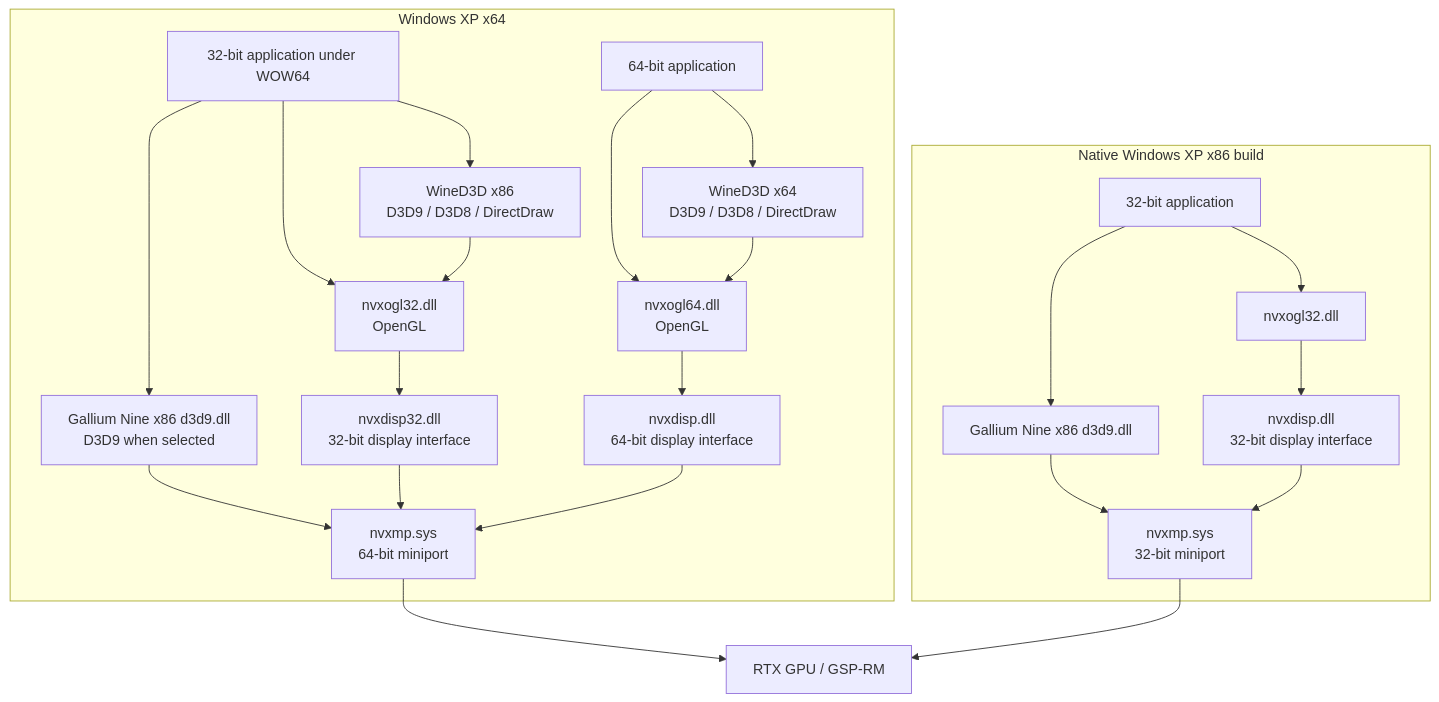
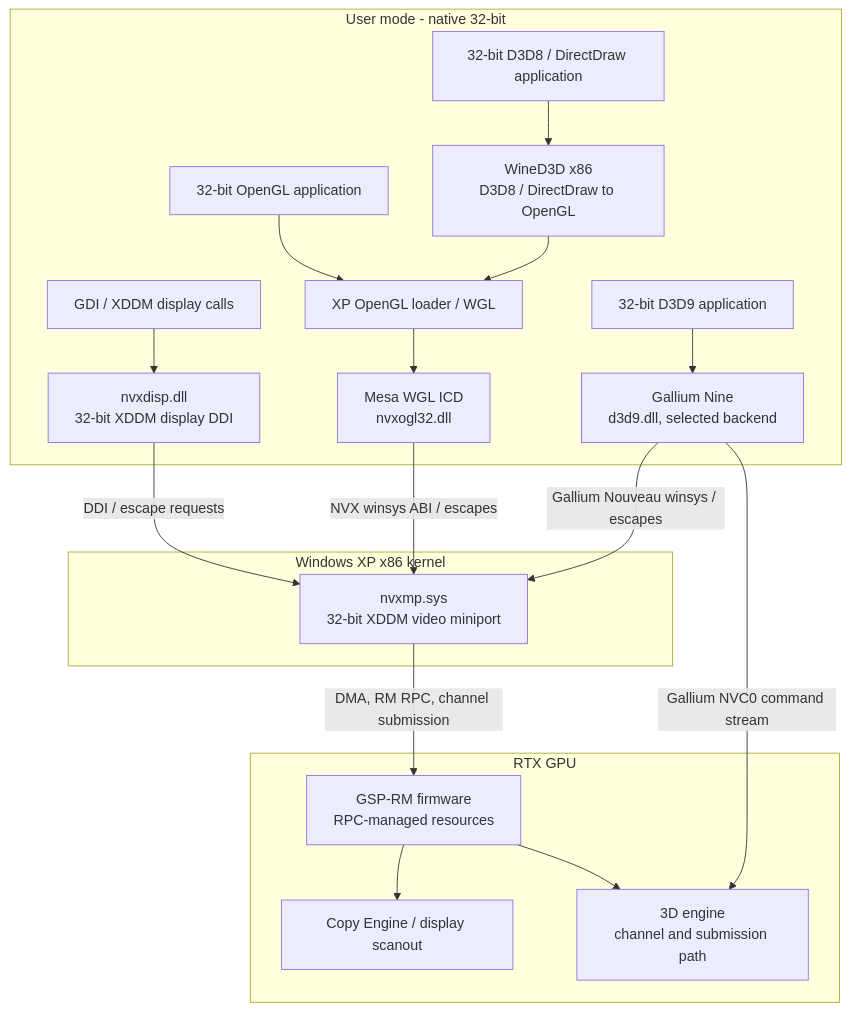
The second of 3 diagrams in README.md (sanjayseshan/open_nvx_windows), drawn with Mermaid before and after one commit. The commit also changed other lines of this file and 3 other files, not shown here.

````diff
--- a/README.md
+++ b/README.md
@@ -81,26 +94,28 @@
 ```mermaid
 flowchart TB
-  subgraph XP64[Windows XP x64]
-    A32[32-bit application under WOW64] --> ICD32[nvxogl32.dll<br/>OpenGL]
-    A32 --> NINE32[Gallium Nine x86 d3d9.dll<br/>D3D9 when selected]
-    A32 --> WD32[WineD3D x86<br/>D3D9 / D3D8 / DirectDraw]
-    WD32 --> ICD32
-    ICD32 --> DDI32[nvxdisp32.dll<br/>32-bit display interface]
-    NINE32 --> MP64[nvxmp.sys<br/>64-bit miniport]
-    DDI32 --> MP64
-    A64[64-bit application] --> ICD64[nvxogl64.dll<br/>OpenGL]
-    A64 --> WD64[WineD3D x64<br/>D3D9 / D3D8 / DirectDraw]
-    WD64 --> ICD64
-    ICD64 --> DDI64[nvxdisp.dll<br/>64-bit display interface]
-    DDI64 --> MP64
+  subgraph User[User mode - native 32-bit]
+    APPGL[32-bit OpenGL application] --> WGL[XP OpenGL loader / WGL]
+    WGL --> ICD[Mesa WGL ICD<br/>nvxogl32.dll]
+    APP9[32-bit D3D9 application] --> NINE[Gallium Nine<br/>d3d9.dll, selected backend]
+    APP8[32-bit D3D8 / DirectDraw application] --> WD[WineD3D x86<br/>D3D8 / DirectDraw to OpenGL]
+    WD --> WGL
+    GDI[GDI / XDDM display calls]
+    GDI --> DDI
   end
-  subgraph XP32[Native Windows XP x86 build]
-    A32N[32-bit application] --> ICD32N[nvxogl32.dll]
-    A32N --> NINE32N[Gallium Nine x86 d3d9.dll]
-    ICD32N --> DDI32N[nvxdisp.dll<br/>32-bit display interface]
-    NINE32N --> MP32[nvxmp.sys<br/>32-bit miniport]
-    DDI32N --> MP32
+  subgraph Kernel[Windows XP x86 kernel]
+    DDI[nvxdisp.dll<br/>32-bit XDDM display DDI]
+    MP[nvxmp.sys<br/>32-bit XDDM video miniport]
+    DDI -->|DDI / escape requests| MP
+    ICD -->|NVX winsys ABI / escapes| MP
+    NINE -->|Gallium Nouveau winsys / escapes| MP
   end
-  MP64 --> HW[RTX GPU / GSP-RM]
-  MP32 --> HW
+  subgraph GPU[RTX GPU]
+    RM[GSP-RM firmware<br/>RPC-managed resources]
+    CE[Copy Engine / display scanout]
+    GR[3D engine<br/>channel and submission path]
+    RM --> CE
+    RM --> GR
+  end
+  MP -->|DMA, RM RPC, channel submission| RM
+  NINE -->|Gallium NVC0 command stream| GR
 ```
````
